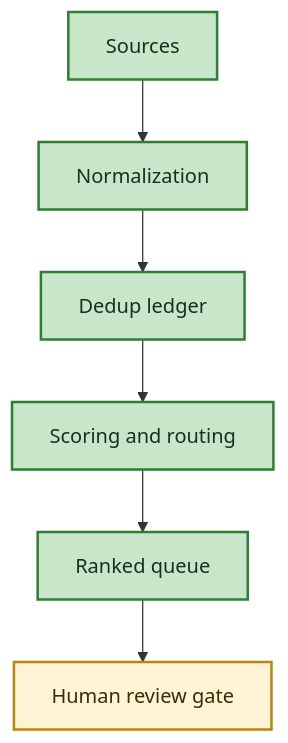
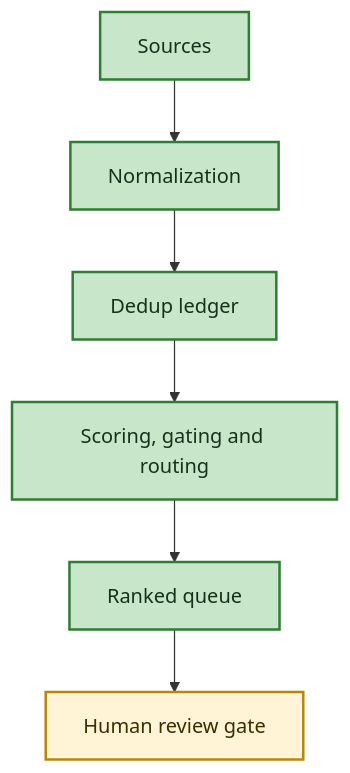
The diagram in README.md (ruhinpatel/job-discovery-pipeline), drawn with Mermaid before and after one commit. The commit also changed other lines of this file and 25 other files, not shown here.

First line of the commit message:
feat: decision layer (hard gates + lane routing) and optional LLM scoring

````diff
--- a/README.md
+++ b/README.md
@@ -9,13 +9,13 @@
 ```mermaid
 flowchart TD
     A[Sources] --> B[Normalization]
     B --> C[Dedup ledger]
-    C --> D[Scoring and routing]
+    C --> D["Scoring, gating and routing"]
     D --> E[Ranked queue]
     E --> F[Human review gate]
 
     classDef done fill:#c8e6c9,stroke:#2e7d32,stroke-width:2px,color:#16321c;
     classDef human fill:#fff4d6,stroke:#b8860b,stroke-width:2px,color:#3a2e00;
     class A,B,C,D,E done;
     class F human;
 ```
````
